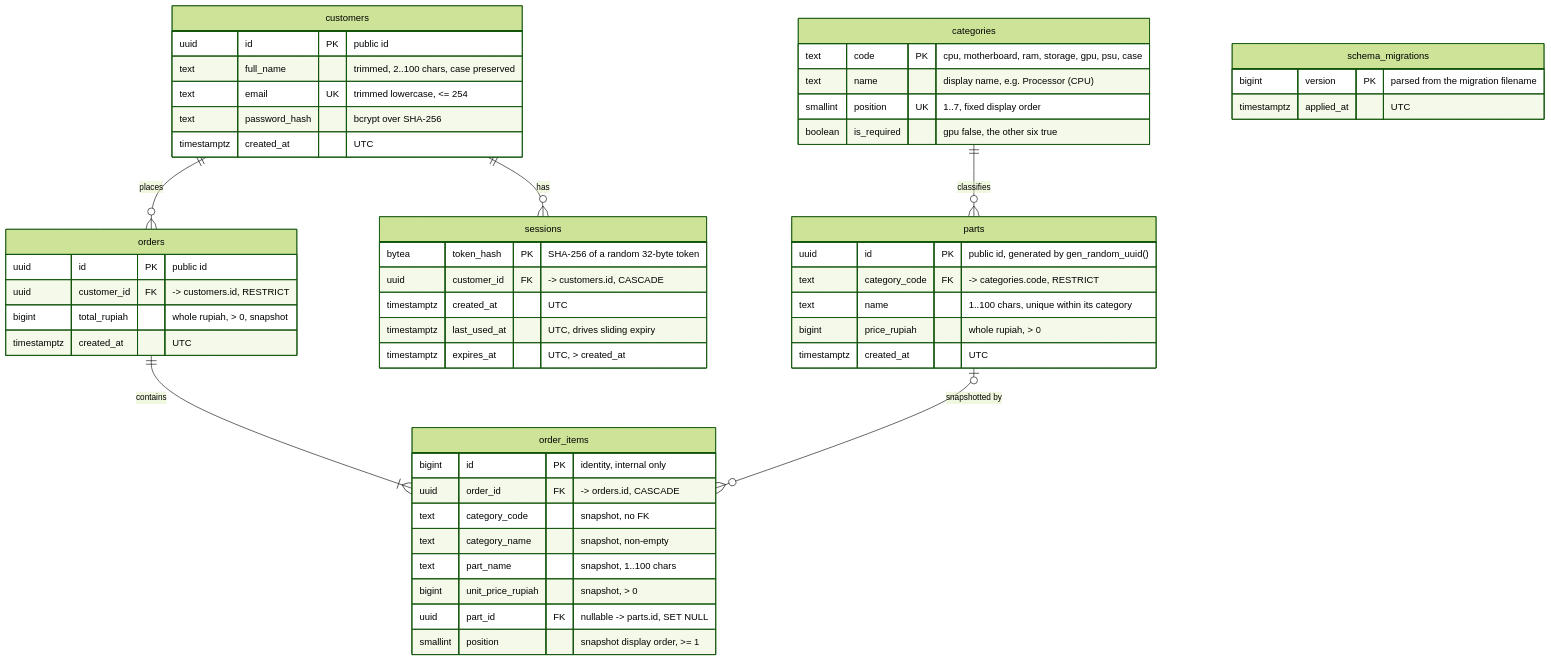
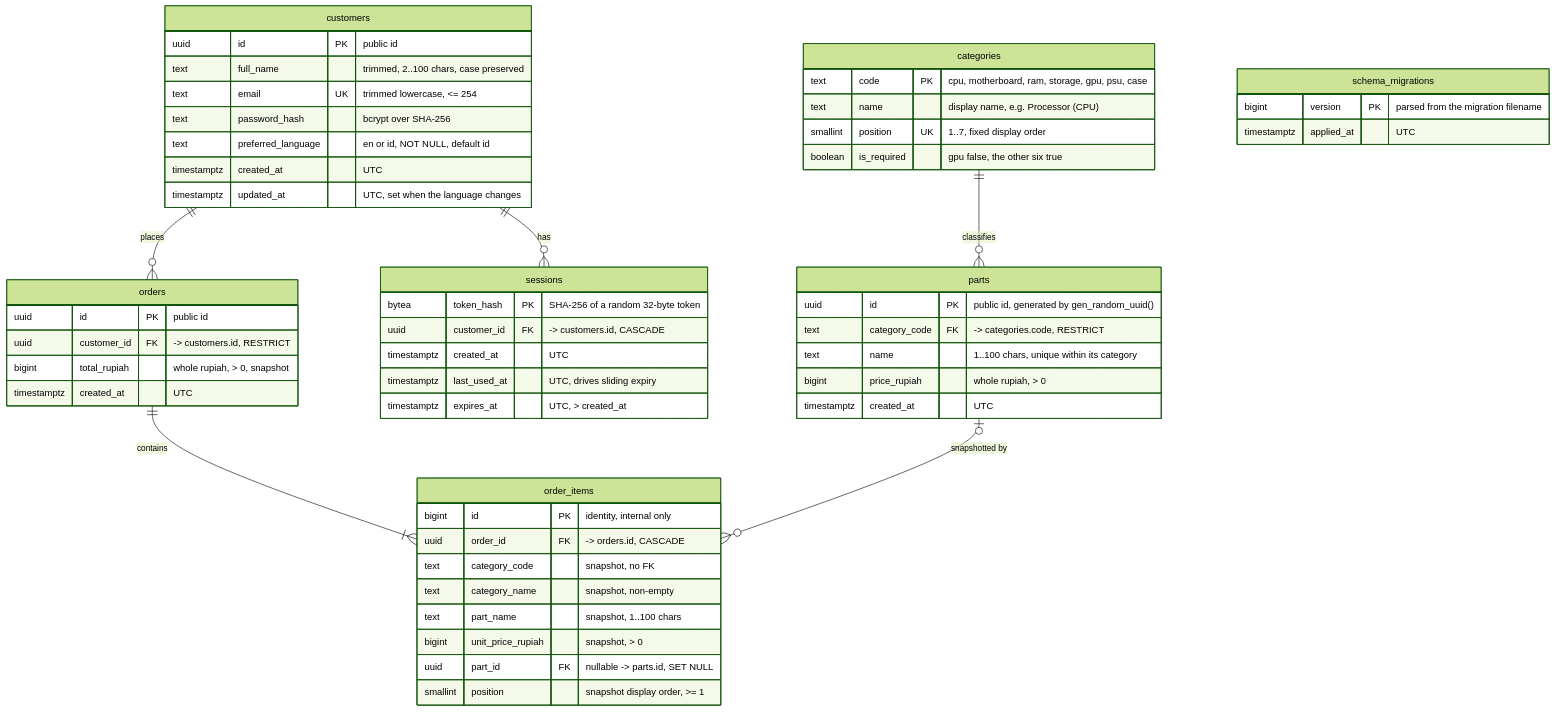
The diagram in docs/pc-builder/database.md (william22913/compzy-fe), drawn with Mermaid (forest theme) before and after one commit. The commit also changed other lines of this file and 21 other files, not shown here.

````diff
--- a/docs/pc-builder/database.md
+++ b/docs/pc-builder/database.md
@@ -38,62 +49,64 @@
 ```mermaid
 erDiagram
     categories ||--o{ parts : "classifies"
     customers ||--o{ sessions : "has"
     customers ||--o{ orders : "places"
     orders ||--|{ order_items : "contains"
     parts o|--o{ order_items : "snapshotted by"
 
     categories {
         text code PK "cpu, motherboard, ram, storage, gpu, psu, case"
         text name "display name, e.g. Processor (CPU)"
         smallint position UK "1..7, fixed display order"
         boolean is_required "gpu false, the other six true"
     }
 
     parts {
         uuid id PK "public id, generated by gen_random_uuid()"
         text category_code FK "-> categories.code, RESTRICT"
         text name "1..100 chars, unique within its category"
         bigint price_rupiah "whole rupiah, > 0"
         timestamptz created_at "UTC"
     }
 
     customers {
         uuid id PK "public id"
         text full_name "trimmed, 2..100 chars, case preserved"
         text email UK "trimmed lowercase, <= 254"
         text password_hash "bcrypt over SHA-256"
+        text preferred_language "en or id, NOT NULL, default id"
         timestamptz created_at "UTC"
+        timestamptz updated_at "UTC, set when the language changes"
     }
 
     sessions {
         bytea token_hash PK "SHA-256 of a random 32-byte token"
         uuid customer_id FK "-> customers.id, CASCADE"
         timestamptz created_at "UTC"
         timestamptz last_used_at "UTC, drives sliding expiry"
         timestamptz expires_at "UTC, > created_at"
     }
 
     orders {
         uuid id PK "public id"
         uuid customer_id FK "-> customers.id, RESTRICT"
         bigint total_rupiah "whole rupiah, > 0, snapshot"
         timestamptz created_at "UTC"
     }
 
     order_items {
         bigint id PK "identity, internal only"
         uuid order_id FK "-> orders.id, CASCADE"
         text category_code "snapshot, no FK"
         text category_name "snapshot, non-empty"
         text part_name "snapshot, 1..100 chars"
         bigint unit_price_rupiah "snapshot, > 0"
         uuid part_id FK "nullable -> parts.id, SET NULL"
         smallint position "snapshot display order, >= 1"
     }
 
     schema_migrations {
         bigint version PK "parsed from the migration filename"
         timestamptz applied_at "UTC"
     }
 ```
````
